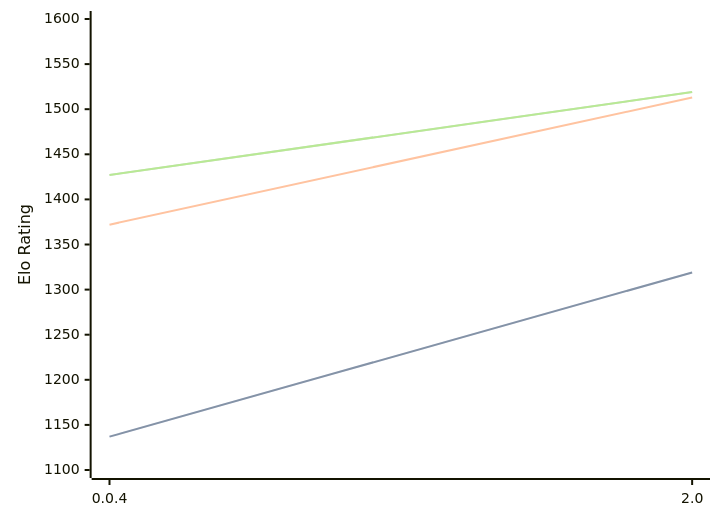
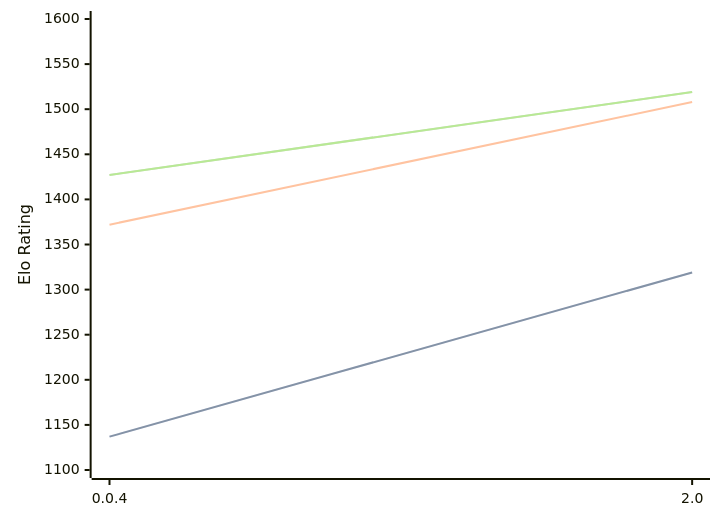
One commit to computer-chess-index/cci changed the diagram in engines/Oops!Mate.md. Above: the diagram before and after it, drawn with Mermaid. The commit also changed other lines of this file, not shown here.

````diff
--- a/engines/Oops!Mate.md
+++ b/engines/Oops!Mate.md
@@ -49,11 +49,11 @@
 ```mermaid
 %%{init: {"theme":"base","themeVariables":{"seriesColors:['#a3a3a3','#222221','#faa371']}}}%%
 xychart-beta
   x-axis ["0.0.4", "2.0"]
   y-axis "Elo Rating" 1100 --> 1600
   line "STC (8.0+0.08s)" [1137, 1319]
   line "STC (8.0+0.08s)" [1137, 1319]
-  line "LTC (60.0+0.60s)" [1372, 1513]
+  line "LTC (60.0+0.60s)" [1372, 1508]
   line "VLTC (2m24s+1.12s)" [1427, 1519]
   line "VLTC (2m24s+1.12s)" [1427, 1519]
 ```
````
